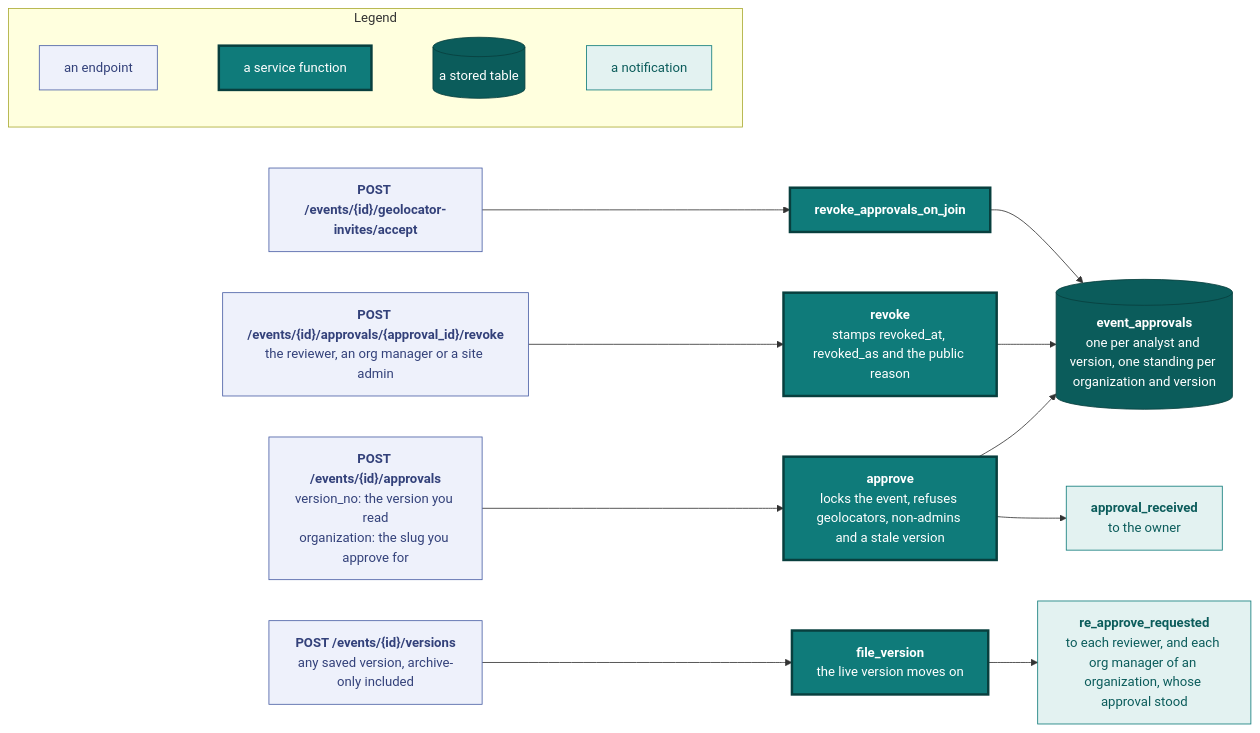
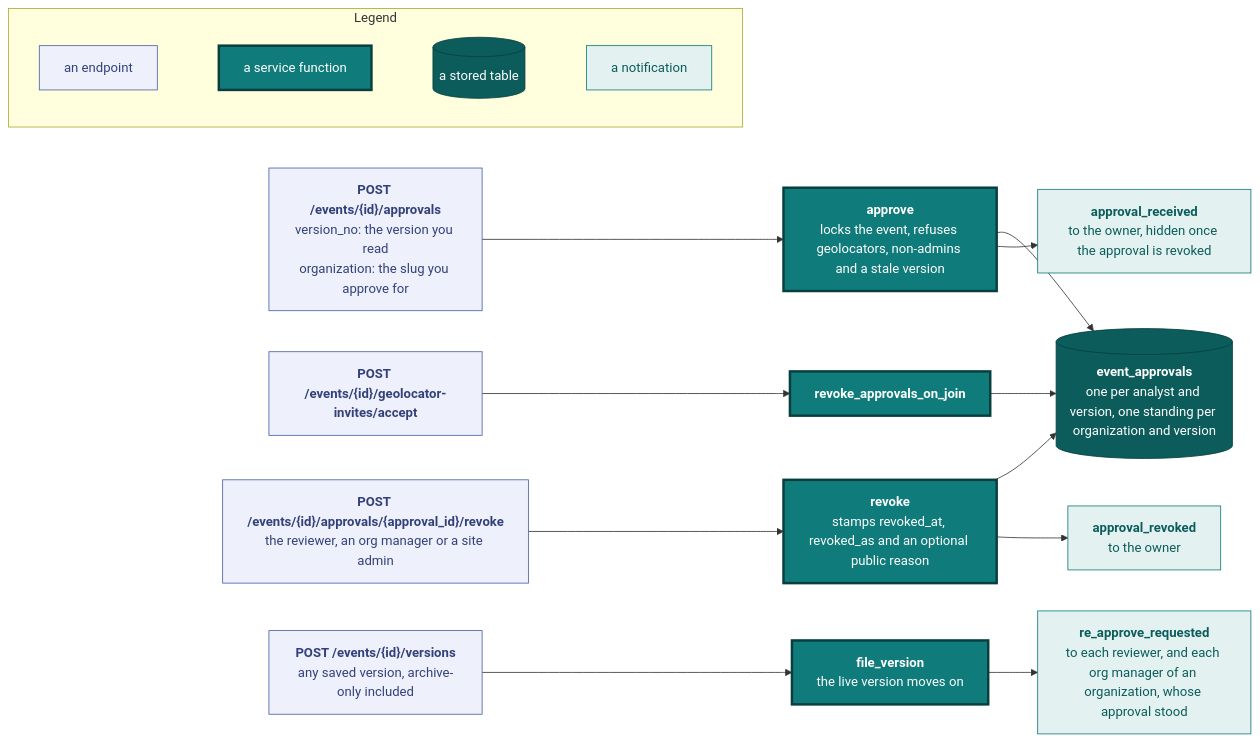
Before and after one commit to vidithq/vidit: the fourth of 8 diagrams in docs/api.md, drawn with Mermaid. The commit also changed other lines of this file and 50 other files, not shown here.

First line of the commit message:
feat(approvals): optional revoke reason, revoke notice and qa fixes

````diff
--- a/docs/api.md
+++ b/docs/api.md
@@ -1436,44 +1436,47 @@
 ```mermaid
 flowchart LR
   classDef spec fill:#eef1fb,stroke:#4a5fa5,color:#33417a
   classDef core fill:#0f7b7a,stroke:#083f3e,stroke-width:3px,color:#ffffff
   classDef store fill:#0b5c5b,stroke:#083f3e,color:#ffffff
   classDef shared fill:#e3f2f1,stroke:#0f7b7a,color:#0b5c5b
 
   subgraph legend [Legend]
     direction LR
     l1["`an endpoint`"]:::spec
     l2["`a service function`"]:::core
     l3[("`a stored table`")]:::store
     l4["`a notification`"]:::shared
     l1 ~~~ l2 ~~~ l3 ~~~ l4
   end
 
   approve["`**POST /events/{id}/approvals**
   version_no: the version you read
   organization: the slug you approve for`"]:::spec
   revokeep["`**POST /events/{id}/approvals/{approval_id}/revoke**
   the reviewer, an org manager or a site admin`"]:::spec
   edit["`**POST /events/{id}/versions**
   any saved version, archive-only included`"]:::spec
   accept["`**POST /events/{id}/geolocator-invites/accept**`"]:::spec
   place["`**approve**
   locks the event, refuses geolocators, non-admins and a stale version`"]:::core
   revoke["`**revoke**
-  stamps revoked_at, revoked_as and the public reason`"]:::core
+  stamps revoked_at, revoked_as and an optional public reason`"]:::core
   file["`**file_version**
   the live version moves on`"]:::core
   join["`**revoke_approvals_on_join**`"]:::core
   rows[("`**event_approvals**
   one per analyst and version, one standing per organization and version`")]:::store
   received["`**approval_received**
+  to the owner, hidden once the approval is revoked`"]:::shared
+  revoked["`**approval_revoked**
   to the owner`"]:::shared
   again["`**re_approve_requested**
   to each reviewer, and each org manager of an organization, whose approval stood`"]:::shared
 
   approve --> place --> rows
   place --> received
   revokeep --> revoke --> rows
+  revoke --> revoked
   edit --> file --> again
   accept --> join --> rows
 ```
````
